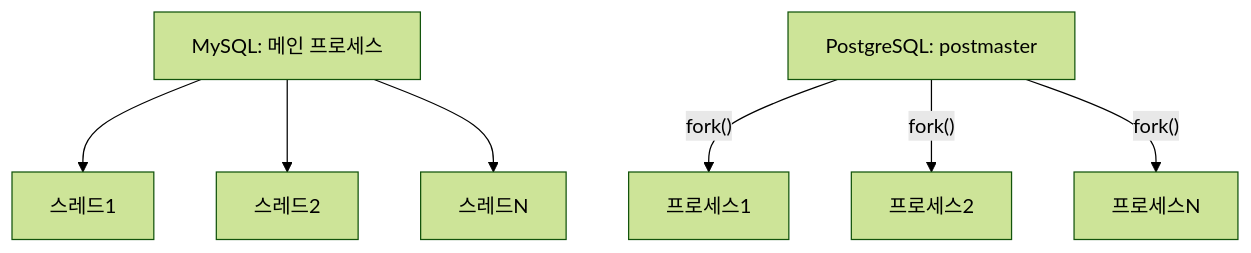
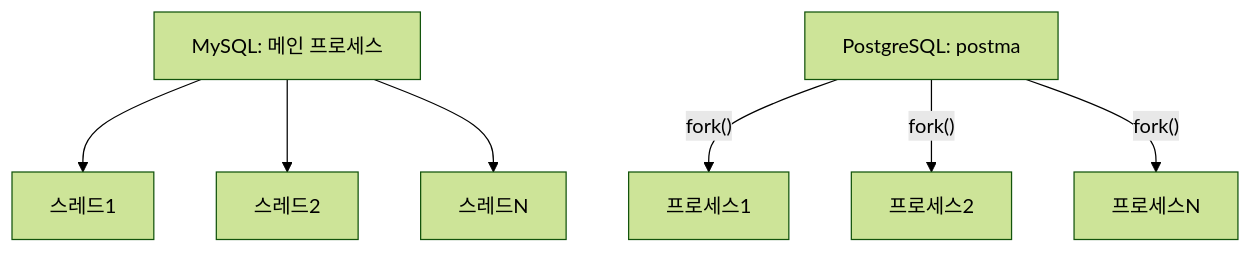
One commit to yjkim2015/yjkim2015.github.io changed the fifth of 15 diagrams in _posts/db/2026-05-01-db-comparison.md. Above: the diagram before and after it, drawn with Mermaid (forest theme). The commit also changed other lines of this file and 271 other files, not shown here.

First line of the commit message:
Mermaid 라벨 축소: 긴 노드 텍스트 18자 이하로 트림 + \n 제거

````diff
--- a/_posts/db/2026-05-01-db-comparison.md
+++ b/_posts/db/2026-05-01-db-comparison.md
@@ -116,5 +116,5 @@
 ```mermaid
 graph TD
     P1["MySQL: 메인 프로세스"] --> T1["스레드1"] & T2["스레드2"] & T3["스레드N"]
-    PM["PostgreSQL: postmaster"] -->|"fork()"| PR1["프로세스1"] & PR2["프로세스2"] & PR3["프로세스N"]
+    PM["PostgreSQL: postma"] -->|"fork()"| PR1["프로세스1"] & PR2["프로세스2"] & PR3["프로세스N"]
 ```
````
